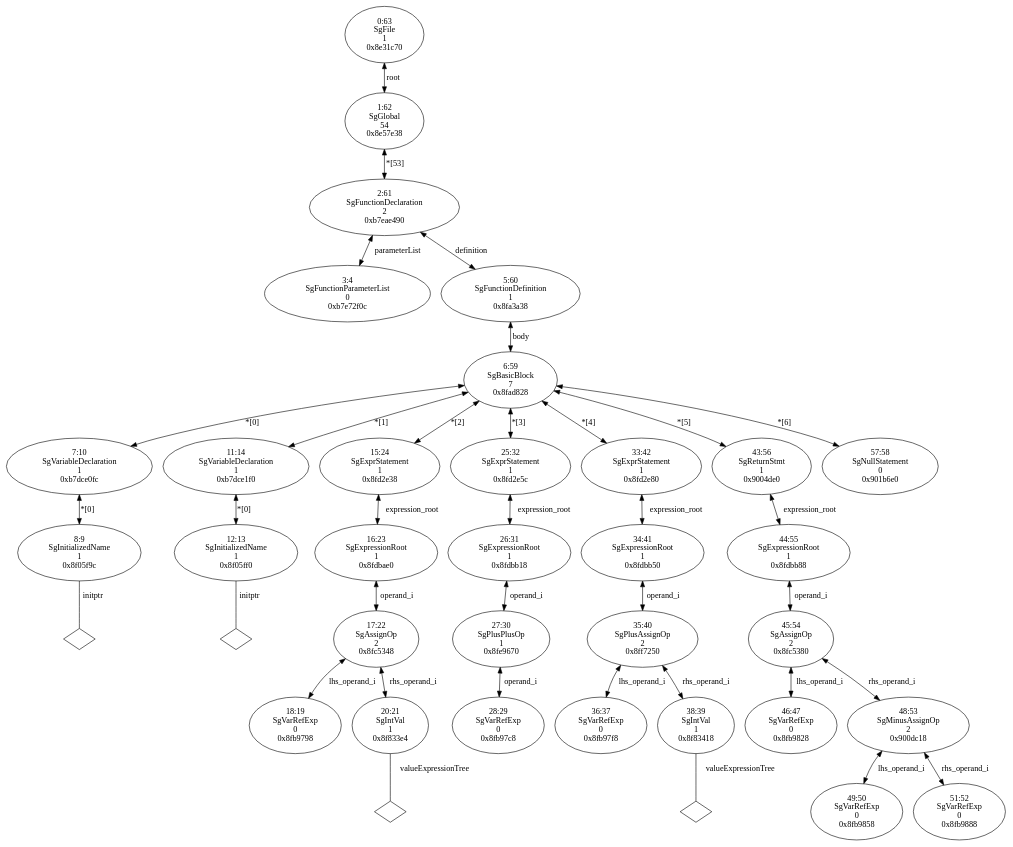
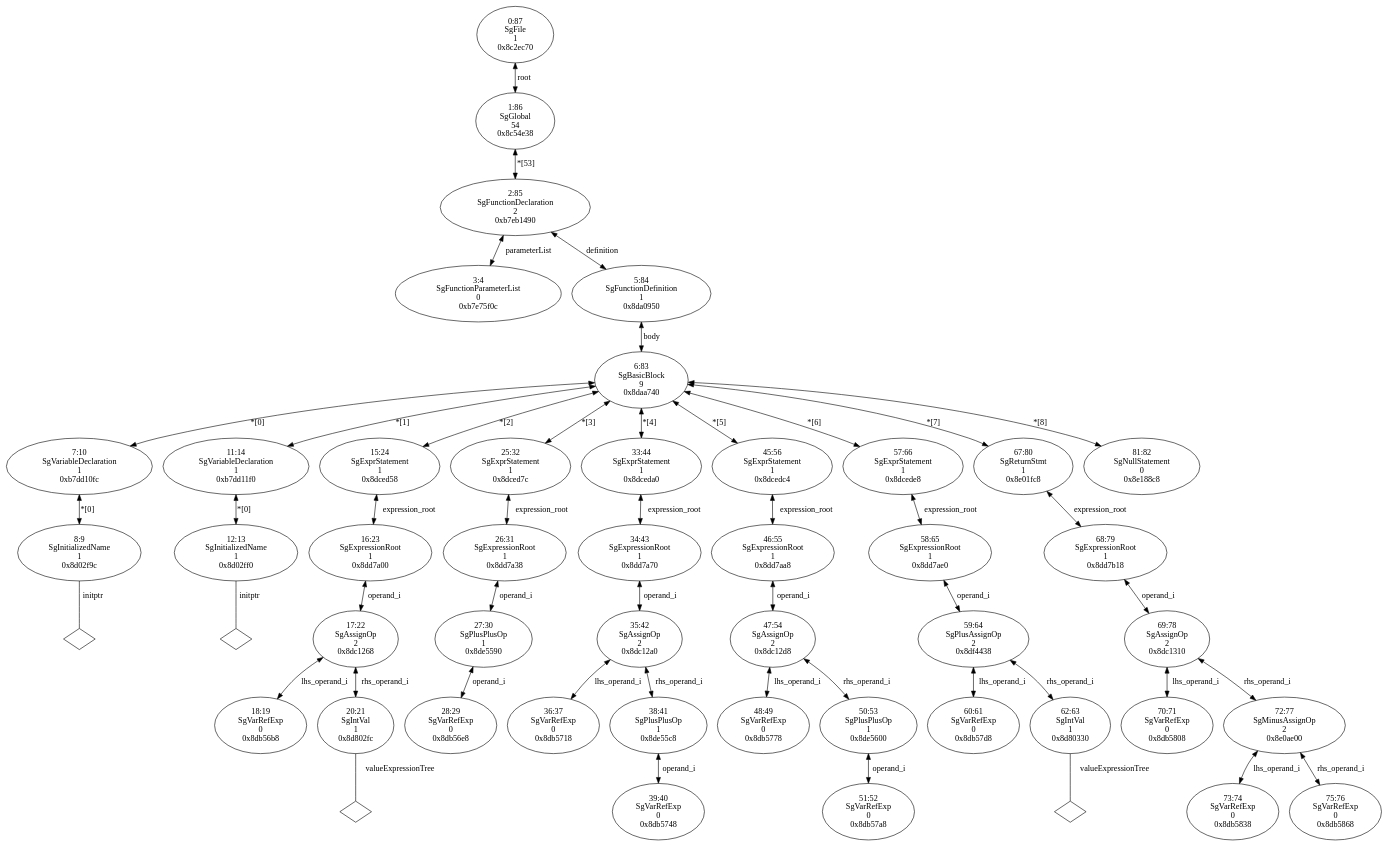
Before and after one commit to BackupTheBerlios/useoa-rose-svn: the diagram in trunk/TestResults/AliasIRInterface/assignOps.c.dot, drawn with Graphviz. The commit also changed 3 other files, not shown here.

```diff
--- a/trunk/TestResults/AliasIRInterface/assignOps.c.dot
+++ b/trunk/TestResults/AliasIRInterface/assignOps.c.dot
@@ -1,73 +1,97 @@
 digraph "G./assignOps.c.dot" {
-"0xb7e72f0c"[label="3:4\nSgFunctionParameterList\n0\n0xb7e72f0c\n" ];
-"0x8f05f9c"[label="8:9\nSgInitializedName\n1\n0x8f05f9c\n" ];
-"0x8f05f9c" -> "0x8f05f9c__initptr__null"[label="initptr" dir=none ];
-"0x8f05f9c__initptr__null"[label="" shape=diamond ];
-"0xb7dce0fc"[label="7:10\nSgVariableDeclaration\n1\n0xb7dce0fc\n" ];
-"0xb7dce0fc" -> "0x8f05f9c"[label="*[0]" dir=both ];
-"0x8f05ff0"[label="12:13\nSgInitializedName\n1\n0x8f05ff0\n" ];
-"0x8f05ff0" -> "0x8f05ff0__initptr__null"[label="initptr" dir=none ];
-"0x8f05ff0__initptr__null"[label="" shape=diamond ];
-"0xb7dce1f0"[label="11:14\nSgVariableDeclaration\n1\n0xb7dce1f0\n" ];
-"0xb7dce1f0" -> "0x8f05ff0"[label="*[0]" dir=both ];
-"0x8fb9798"[label="18:19\nSgVarRefExp\n0\n0x8fb9798\n" ];
-"0x8f833e4"[label="20:21\nSgIntVal\n1\n0x8f833e4\n" ];
-"0x8f833e4" -> "0x8f833e4__valueExpressionTree__null"[label="valueExpressionTree" dir=none ];
-"0x8f833e4__valueExpressionTree__null"[label="" shape=diamond ];
-"0x8fc5348"[label="17:22\nSgAssignOp\n2\n0x8fc5348\n" ];
-"0x8fc5348" -> "0x8fb9798"[label="lhs_operand_i" dir=both ];
-"0x8fc5348" -> "0x8f833e4"[label="rhs_operand_i" dir=both ];
-"0x8fdbae0"[label="16:23\nSgExpressionRoot\n1\n0x8fdbae0\n" ];
-"0x8fdbae0" -> "0x8fc5348"[label="operand_i" dir=both ];
-"0x8fd2e38"[label="15:24\nSgExprStatement\n1\n0x8fd2e38\n" ];
-"0x8fd2e38" -> "0x8fdbae0"[label="expression_root" dir=both ];
-"0x8fb97c8"[label="28:29\nSgVarRefExp\n0\n0x8fb97c8\n" ];
-"0x8fe9670"[label="27:30\nSgPlusPlusOp\n1\n0x8fe9670\n" ];
-"0x8fe9670" -> "0x8fb97c8"[label="operand_i" dir=both ];
-"0x8fdbb18"[label="26:31\nSgExpressionRoot\n1\n0x8fdbb18\n" ];
-"0x8fdbb18" -> "0x8fe9670"[label="operand_i" dir=both ];
-"0x8fd2e5c"[label="25:32\nSgExprStatement\n1\n0x8fd2e5c\n" ];
-"0x8fd2e5c" -> "0x8fdbb18"[label="expression_root" dir=both ];
-"0x8fb97f8"[label="36:37\nSgVarRefExp\n0\n0x8fb97f8\n" ];
-"0x8f83418"[label="38:39\nSgIntVal\n1\n0x8f83418\n" ];
-"0x8f83418" -> "0x8f83418__valueExpressionTree__null"[label="valueExpressionTree" dir=none ];
-"0x8f83418__valueExpressionTree__null"[label="" shape=diamond ];
-"0x8ff7250"[label="35:40\nSgPlusAssignOp\n2\n0x8ff7250\n" ];
-"0x8ff7250" -> "0x8fb97f8"[label="lhs_operand_i" dir=both ];
-"0x8ff7250" -> "0x8f83418"[label="rhs_operand_i" dir=both ];
-"0x8fdbb50"[label="34:41\nSgExpressionRoot\n1\n0x8fdbb50\n" ];
-"0x8fdbb50" -> "0x8ff7250"[label="operand_i" dir=both ];
-"0x8fd2e80"[label="33:42\nSgExprStatement\n1\n0x8fd2e80\n" ];
-"0x8fd2e80" -> "0x8fdbb50"[label="expression_root" dir=both ];
-"0x8fb9828"[label="46:47\nSgVarRefExp\n0\n0x8fb9828\n" ];
-"0x8fb9858"[label="49:50\nSgVarRefExp\n0\n0x8fb9858\n" ];
-"0x8fb9888"[label="51:52\nSgVarRefExp\n0\n0x8fb9888\n" ];
-"0x900dc18"[label="48:53\nSgMinusAssignOp\n2\n0x900dc18\n" ];
-"0x900dc18" -> "0x8fb9858"[label="lhs_operand_i" dir=both ];
-"0x900dc18" -> "0x8fb9888"[label="rhs_operand_i" dir=both ];
-"0x8fc5380"[label="45:54\nSgAssignOp\n2\n0x8fc5380\n" ];
-"0x8fc5380" -> "0x8fb9828"[label="lhs_operand_i" dir=both ];
-"0x8fc5380" -> "0x900dc18"[label="rhs_operand_i" dir=both ];
-"0x8fdbb88"[label="44:55\nSgExpressionRoot\n1\n0x8fdbb88\n" ];
-"0x8fdbb88" -> "0x8fc5380"[label="operand_i" dir=both ];
-"0x9004de0"[label="43:56\nSgReturnStmt\n1\n0x9004de0\n" ];
-"0x9004de0" -> "0x8fdbb88"[label="expression_root" dir=both ];
-"0x901b6e0"[label="57:58\nSgNullStatement\n0\n0x901b6e0\n" ];
-"0x8fad828"[label="6:59\nSgBasicBlock\n7\n0x8fad828\n" ];
-"0x8fad828" -> "0xb7dce0fc"[label="*[0]" dir=both ];
-"0x8fad828" -> "0xb7dce1f0"[label="*[1]" dir=both ];
-"0x8fad828" -> "0x8fd2e38"[label="*[2]" dir=both ];
-"0x8fad828" -> "0x8fd2e5c"[label="*[3]" dir=both ];
-"0x8fad828" -> "0x8fd2e80"[label="*[4]" dir=both ];
-"0x8fad828" -> "0x9004de0"[label="*[5]" dir=both ];
-"0x8fad828" -> "0x901b6e0"[label="*[6]" dir=both ];
-"0x8fa3a38"[label="5:60\nSgFunctionDefinition\n1\n0x8fa3a38\n" ];
-"0x8fa3a38" -> "0x8fad828"[label="body" dir=both ];
-"0xb7eae490"[label="2:61\nSgFunctionDeclaration\n2\n0xb7eae490\n" ];
-"0xb7eae490" -> "0xb7e72f0c"[label="parameterList" dir=both ];
-"0xb7eae490" -> "0x8fa3a38"[label="definition" dir=both ];
-"0x8e57e38"[label="1:62\nSgGlobal\n54\n0x8e57e38\n" ];
-"0x8e57e38" -> "0xb7eae490"[label="*[53]" dir=both ];
-"0x8e31c70"[label="0:63\nSgFile\n1\n0x8e31c70\n" ];
-"0x8e31c70" -> "0x8e57e38"[label="root" dir=both ];
+"0xb7e75f0c"[label="3:4\nSgFunctionParameterList\n0\n0xb7e75f0c\n" ];
+"0x8d02f9c"[label="8:9\nSgInitializedName\n1\n0x8d02f9c\n" ];
+"0x8d02f9c" -> "0x8d02f9c__initptr__null"[label="initptr" dir=none ];
+"0x8d02f9c__initptr__null"[label="" shape=diamond ];
+"0xb7dd10fc"[label="7:10\nSgVariableDeclaration\n1\n0xb7dd10fc\n" ];
+"0xb7dd10fc" -> "0x8d02f9c"[label="*[0]" dir=both ];
+"0x8d02ff0"[label="12:13\nSgInitializedName\n1\n0x8d02ff0\n" ];
+"0x8d02ff0" -> "0x8d02ff0__initptr__null"[label="initptr" dir=none ];
+"0x8d02ff0__initptr__null"[label="" shape=diamond ];
+"0xb7dd11f0"[label="11:14\nSgVariableDeclaration\n1\n0xb7dd11f0\n" ];
+"0xb7dd11f0" -> "0x8d02ff0"[label="*[0]" dir=both ];
+"0x8db56b8"[label="18:19\nSgVarRefExp\n0\n0x8db56b8\n" ];
+"0x8d802fc"[label="20:21\nSgIntVal\n1\n0x8d802fc\n" ];
+"0x8d802fc" -> "0x8d802fc__valueExpressionTree__null"[label="valueExpressionTree" dir=none ];
+"0x8d802fc__valueExpressionTree__null"[label="" shape=diamond ];
+"0x8dc1268"[label="17:22\nSgAssignOp\n2\n0x8dc1268\n" ];
+"0x8dc1268" -> "0x8db56b8"[label="lhs_operand_i" dir=both ];
+"0x8dc1268" -> "0x8d802fc"[label="rhs_operand_i" dir=both ];
+"0x8dd7a00"[label="16:23\nSgExpressionRoot\n1\n0x8dd7a00\n" ];
+"0x8dd7a00" -> "0x8dc1268"[label="operand_i" dir=both ];
+"0x8dced58"[label="15:24\nSgExprStatement\n1\n0x8dced58\n" ];
+"0x8dced58" -> "0x8dd7a00"[label="expression_root" dir=both ];
+"0x8db56e8"[label="28:29\nSgVarRefExp\n0\n0x8db56e8\n" ];
+"0x8de5590"[label="27:30\nSgPlusPlusOp\n1\n0x8de5590\n" ];
+"0x8de5590" -> "0x8db56e8"[label="operand_i" dir=both ];
+"0x8dd7a38"[label="26:31\nSgExpressionRoot\n1\n0x8dd7a38\n" ];
+"0x8dd7a38" -> "0x8de5590"[label="operand_i" dir=both ];
+"0x8dced7c"[label="25:32\nSgExprStatement\n1\n0x8dced7c\n" ];
+"0x8dced7c" -> "0x8dd7a38"[label="expression_root" dir=both ];
+"0x8db5718"[label="36:37\nSgVarRefExp\n0\n0x8db5718\n" ];
+"0x8db5748"[label="39:40\nSgVarRefExp\n0\n0x8db5748\n" ];
+"0x8de55c8"[label="38:41\nSgPlusPlusOp\n1\n0x8de55c8\n" ];
+"0x8de55c8" -> "0x8db5748"[label="operand_i" dir=both ];
+"0x8dc12a0"[label="35:42\nSgAssignOp\n2\n0x8dc12a0\n" ];
+"0x8dc12a0" -> "0x8db5718"[label="lhs_operand_i" dir=both ];
+"0x8dc12a0" -> "0x8de55c8"[label="rhs_operand_i" dir=both ];
+"0x8dd7a70"[label="34:43\nSgExpressionRoot\n1\n0x8dd7a70\n" ];
+"0x8dd7a70" -> "0x8dc12a0"[label="operand_i" dir=both ];
+"0x8dceda0"[label="33:44\nSgExprStatement\n1\n0x8dceda0\n" ];
+"0x8dceda0" -> "0x8dd7a70"[label="expression_root" dir=both ];
+"0x8db5778"[label="48:49\nSgVarRefExp\n0\n0x8db5778\n" ];
+"0x8db57a8"[label="51:52\nSgVarRefExp\n0\n0x8db57a8\n" ];
+"0x8de5600"[label="50:53\nSgPlusPlusOp\n1\n0x8de5600\n" ];
+"0x8de5600" -> "0x8db57a8"[label="operand_i" dir=both ];
+"0x8dc12d8"[label="47:54\nSgAssignOp\n2\n0x8dc12d8\n" ];
+"0x8dc12d8" -> "0x8db5778"[label="lhs_operand_i" dir=both ];
+"0x8dc12d8" -> "0x8de5600"[label="rhs_operand_i" dir=both ];
+"0x8dd7aa8"[label="46:55\nSgExpressionRoot\n1\n0x8dd7aa8\n" ];
+"0x8dd7aa8" -> "0x8dc12d8"[label="operand_i" dir=both ];
+"0x8dcedc4"[label="45:56\nSgExprStatement\n1\n0x8dcedc4\n" ];
+"0x8dcedc4" -> "0x8dd7aa8"[label="expression_root" dir=both ];
+"0x8db57d8"[label="60:61\nSgVarRefExp\n0\n0x8db57d8\n" ];
+"0x8d80330"[label="62:63\nSgIntVal\n1\n0x8d80330\n" ];
+"0x8d80330" -> "0x8d80330__valueExpressionTree__null"[label="valueExpressionTree" dir=none ];
+"0x8d80330__valueExpressionTree__null"[label="" shape=diamond ];
+"0x8df4438"[label="59:64\nSgPlusAssignOp\n2\n0x8df4438\n" ];
+"0x8df4438" -> "0x8db57d8"[label="lhs_operand_i" dir=both ];
+"0x8df4438" -> "0x8d80330"[label="rhs_operand_i" dir=both ];
+"0x8dd7ae0"[label="58:65\nSgExpressionRoot\n1\n0x8dd7ae0\n" ];
+"0x8dd7ae0" -> "0x8df4438"[label="operand_i" dir=both ];
+"0x8dcede8"[label="57:66\nSgExprStatement\n1\n0x8dcede8\n" ];
+"0x8dcede8" -> "0x8dd7ae0"[label="expression_root" dir=both ];
+"0x8db5808"[label="70:71\nSgVarRefExp\n0\n0x8db5808\n" ];
+"0x8db5838"[label="73:74\nSgVarRefExp\n0\n0x8db5838\n" ];
+"0x8db5868"[label="75:76\nSgVarRefExp\n0\n0x8db5868\n" ];
+"0x8e0ae00"[label="72:77\nSgMinusAssignOp\n2\n0x8e0ae00\n" ];
+"0x8e0ae00" -> "0x8db5838"[label="lhs_operand_i" dir=both ];
+"0x8e0ae00" -> "0x8db5868"[label="rhs_operand_i" dir=both ];
+"0x8dc1310"[label="69:78\nSgAssignOp\n2\n0x8dc1310\n" ];
+"0x8dc1310" -> "0x8db5808"[label="lhs_operand_i" dir=both ];
+"0x8dc1310" -> "0x8e0ae00"[label="rhs_operand_i" dir=both ];
+"0x8dd7b18"[label="68:79\nSgExpressionRoot\n1\n0x8dd7b18\n" ];
+"0x8dd7b18" -> "0x8dc1310"[label="operand_i" dir=both ];
+"0x8e01fc8"[label="67:80\nSgReturnStmt\n1\n0x8e01fc8\n" ];
+"0x8e01fc8" -> "0x8dd7b18"[label="expression_root" dir=both ];
+"0x8e188c8"[label="81:82\nSgNullStatement\n0\n0x8e188c8\n" ];
+"0x8daa740"[label="6:83\nSgBasicBlock\n9\n0x8daa740\n" ];
+"0x8daa740" -> "0xb7dd10fc"[label="*[0]" dir=both ];
+"0x8daa740" -> "0xb7dd11f0"[label="*[1]" dir=both ];
+"0x8daa740" -> "0x8dced58"[label="*[2]" dir=both ];
+"0x8daa740" -> "0x8dced7c"[label="*[3]" dir=both ];
+"0x8daa740" -> "0x8dceda0"[label="*[4]" dir=both ];
+"0x8daa740" -> "0x8dcedc4"[label="*[5]" dir=both ];
+"0x8daa740" -> "0x8dcede8"[label="*[6]" dir=both ];
+"0x8daa740" -> "0x8e01fc8"[label="*[7]" dir=both ];
+"0x8daa740" -> "0x8e188c8"[label="*[8]" dir=both ];
+"0x8da0950"[label="5:84\nSgFunctionDefinition\n1\n0x8da0950\n" ];
+"0x8da0950" -> "0x8daa740"[label="body" dir=both ];
+"0xb7eb1490"[label="2:85\nSgFunctionDeclaration\n2\n0xb7eb1490\n" ];
+"0xb7eb1490" -> "0xb7e75f0c"[label="parameterList" dir=both ];
+"0xb7eb1490" -> "0x8da0950"[label="definition" dir=both ];
+"0x8c54e38"[label="1:86\nSgGlobal\n54\n0x8c54e38\n" ];
+"0x8c54e38" -> "0xb7eb1490"[label="*[53]" dir=both ];
+"0x8c2ec70"[label="0:87\nSgFile\n1\n0x8c2ec70\n" ];
+"0x8c2ec70" -> "0x8c54e38"[label="root" dir=both ];
 }
```
